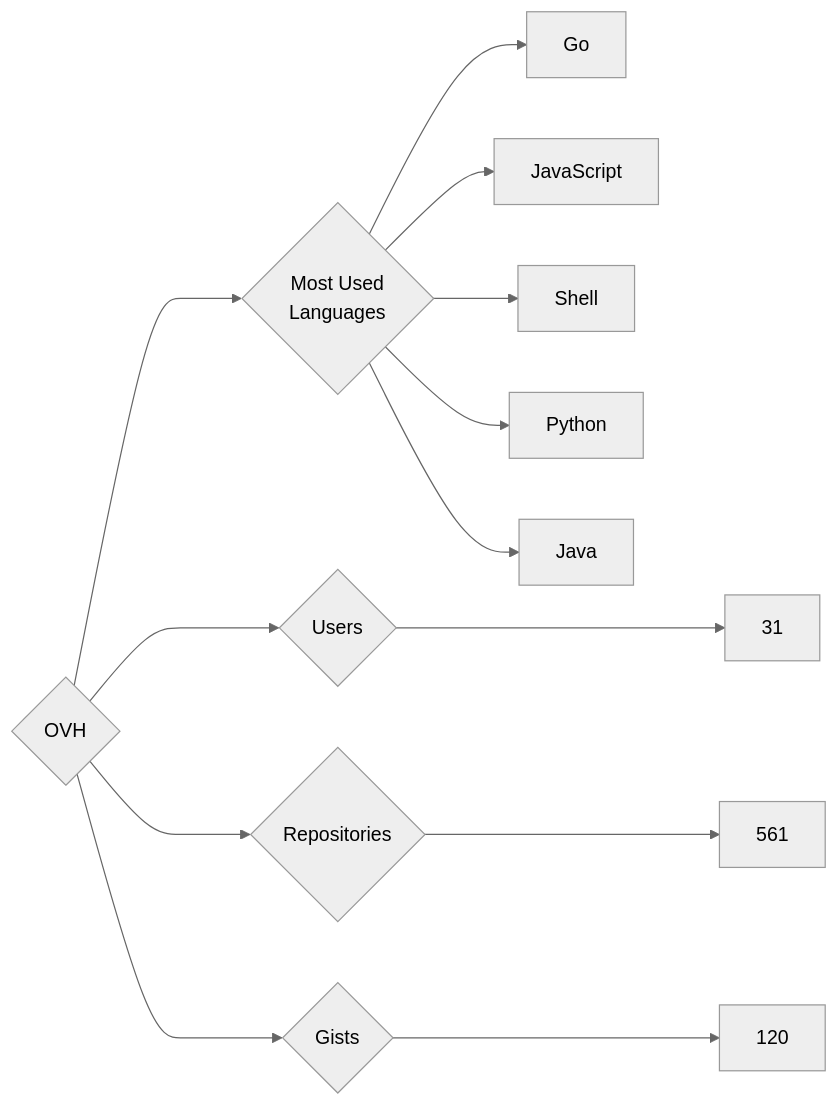
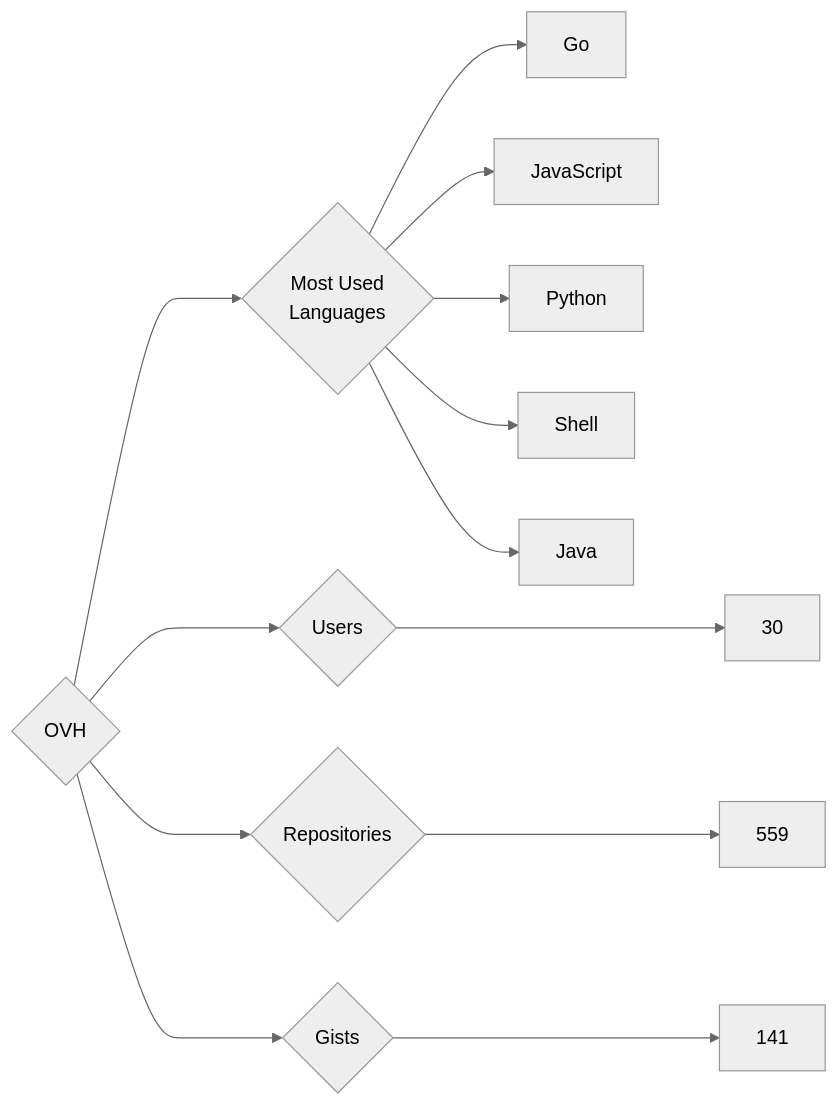
Before and after one commit to trickest/insiders: the diagram in targets/OVH/README.md, drawn with Mermaid (neutral theme). The commit also changed 948 other files, not shown here.

````diff
--- a/targets/OVH/README.md
+++ b/targets/OVH/README.md
@@ -3,13 +3,13 @@
 ```mermaid
 graph LR
 COMPANY_NAME{OVH}
-COMPANY_NAME ---> U{Users} ---> UN[31]
-COMPANY_NAME ---> R{Repositories} ---> RN[561]
-COMPANY_NAME ---> G{Gists} ---> GN[120]
+COMPANY_NAME ---> U{Users} ---> UN[30]
+COMPANY_NAME ---> R{Repositories} ---> RN[559]
+COMPANY_NAME ---> G{Gists} ---> GN[141]
 COMPANY_NAME ---> ML{Most Used<br>Languages}
 ML --> Go[Go]
 ML --> JavaScript[JavaScript]
+ML --> Python[Python]
 ML --> Shell[Shell]
-ML --> Python[Python]
 ML --> Java[Java]
 ```
````
